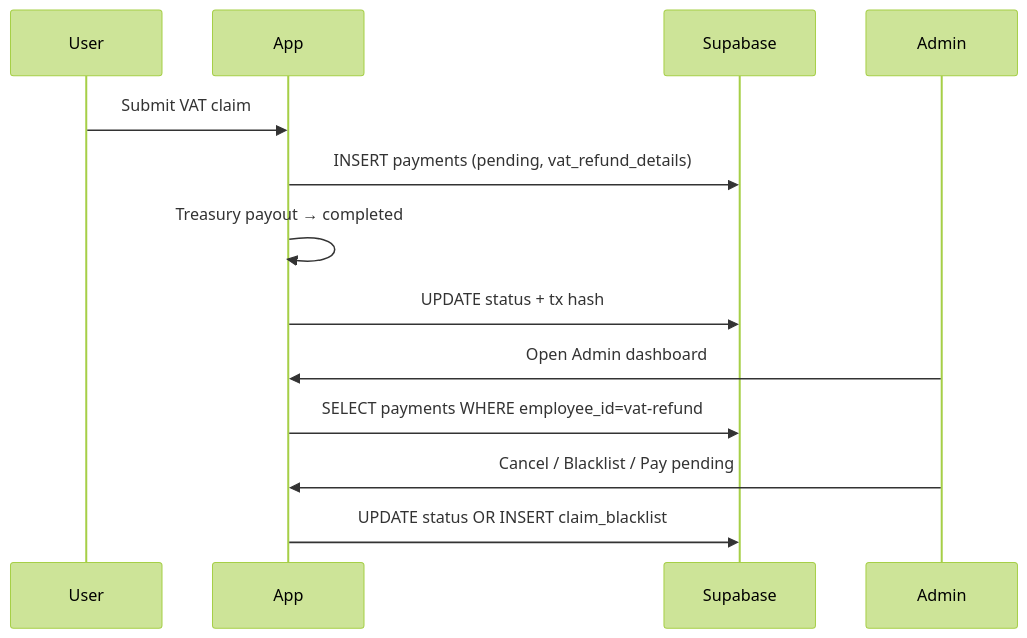
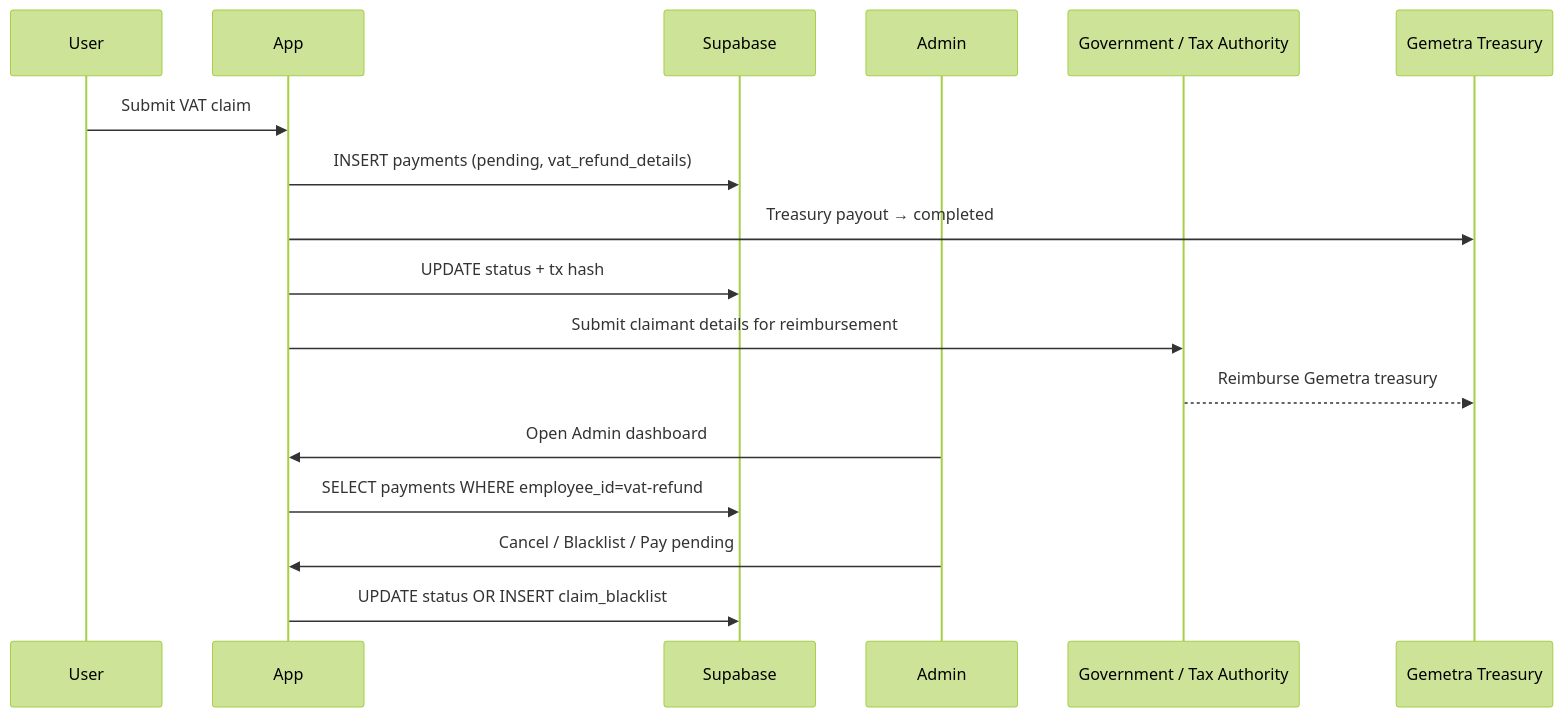
Before and after one commit to AmaanSayyad/Gemetra-XLM: the second of 2 diagrams in docs/SUPABASE_SETUP_GUIDE.md, drawn with Mermaid (forest theme). The commit also changed other lines of this file and 28 other files, not shown here.

````diff
--- a/docs/SUPABASE_SETUP_GUIDE.md
+++ b/docs/SUPABASE_SETUP_GUIDE.md
@@ -118,17 +118,21 @@
 ```mermaid
 sequenceDiagram
     participant User
     participant App
     participant SB as Supabase
     participant Admin
+    participant Gov as Government / Tax Authority
+    participant Treasury as Gemetra Treasury
 
     User->>App: Submit VAT claim
     App->>SB: INSERT payments (pending, vat_refund_details)
-    App->>App: Treasury payout → completed
+    App->>Treasury: Treasury payout → completed
     App->>SB: UPDATE status + tx hash
+    App->>Gov: Submit claimant details for reimbursement
+    Gov-->>Treasury: Reimburse Gemetra treasury
 
     Admin->>App: Open Admin dashboard
     App->>SB: SELECT payments WHERE employee_id=vat-refund
     Admin->>App: Cancel / Blacklist / Pay pending
     App->>SB: UPDATE status OR INSERT claim_blacklist
 ```
````
